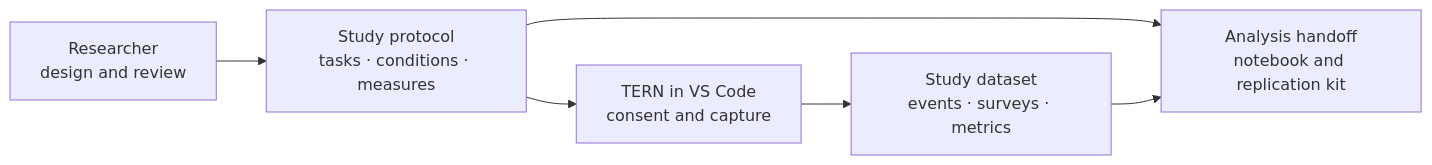
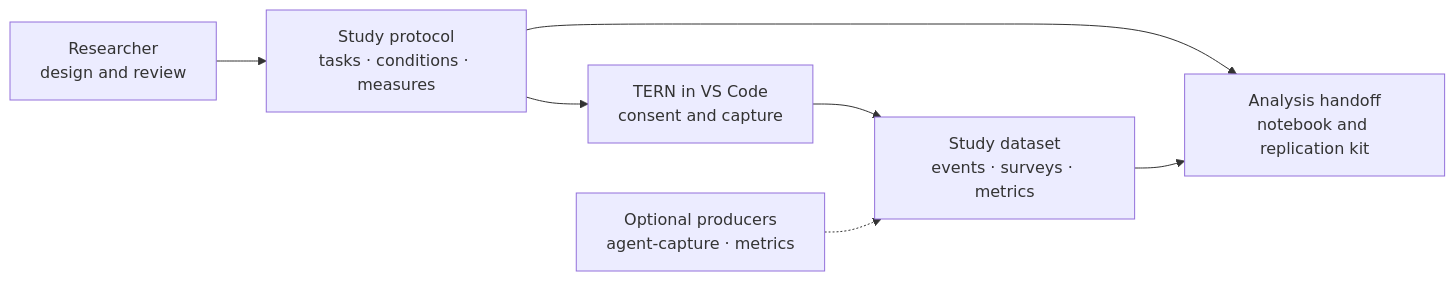
One commit to idreesshaikh/human-ai-studies-framework changed the diagram in README.md. Above: the diagram before and after it, drawn with Mermaid. The commit also changed other lines of this file and 59 other files, not shown here.

````diff
--- a/README.md
+++ b/README.md
@@ -21,8 +23,9 @@
 ```mermaid
 flowchart LR
     R["Researcher<br/>design and review"] --> P["Study protocol<br/>tasks · conditions · measures"]
     P --> T["TERN in VS Code<br/>consent and capture"]
     T --> D["Study dataset<br/>events · surveys · metrics"]
+    A["Optional producers<br/>agent-capture · metrics"] -.-> D
     P --> N["Analysis handoff<br/>notebook and replication kit"]
     D --> N
 ```
````
